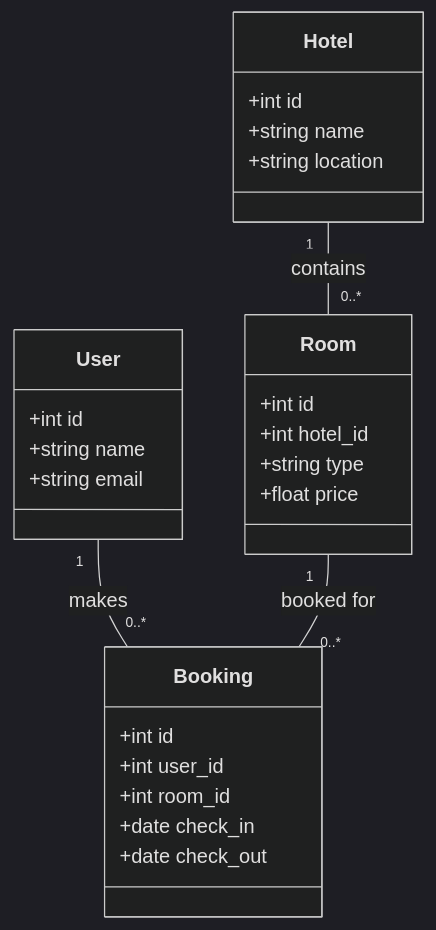
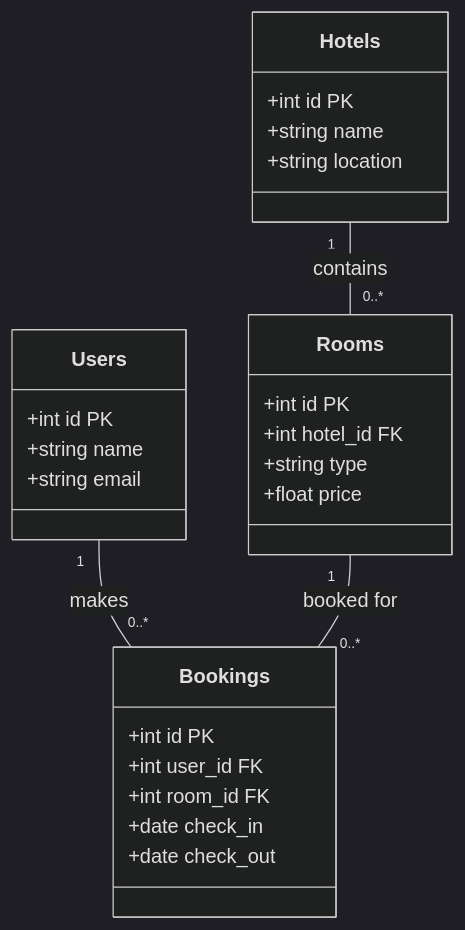
One commit to officegeek/minimal-mistakes changed the diagram in test.md. Above: the diagram before and after it, drawn with Mermaid (dark theme).

````diff
--- a/test.md
+++ b/test.md
@@ -1,29 +1,29 @@
 ```mermaid
 classDiagram
-    class User {
-        +int id
+    class Users {
+        +int id PK
         +string name
         +string email
     }
-    class Hotel {
-        +int id
+    class Hotels {
+        +int id PK
         +string name
         +string location
     }
-    class Room {
-        +int id
-        +int hotel_id
+    class Rooms {
+        +int id PK
+        +int hotel_id FK
         +string type
         +float price
     }
-    class Booking {
-        +int id
-        +int user_id
-        +int room_id
+    class Bookings {
+        +int id PK
+        +int user_id FK
+        +int room_id FK
         +date check_in
         +date check_out
     }
-    User "1" -- "0..*" Booking : makes
-    Hotel "1" -- "0..*" Room : contains
-    Room "1" -- "0..*" Booking : booked for
+    Users "1" -- "0..*" Bookings : makes
+    Hotels "1" -- "0..*" Rooms : contains
+    Rooms "1" -- "0..*" Bookings : booked for
 ```
````
